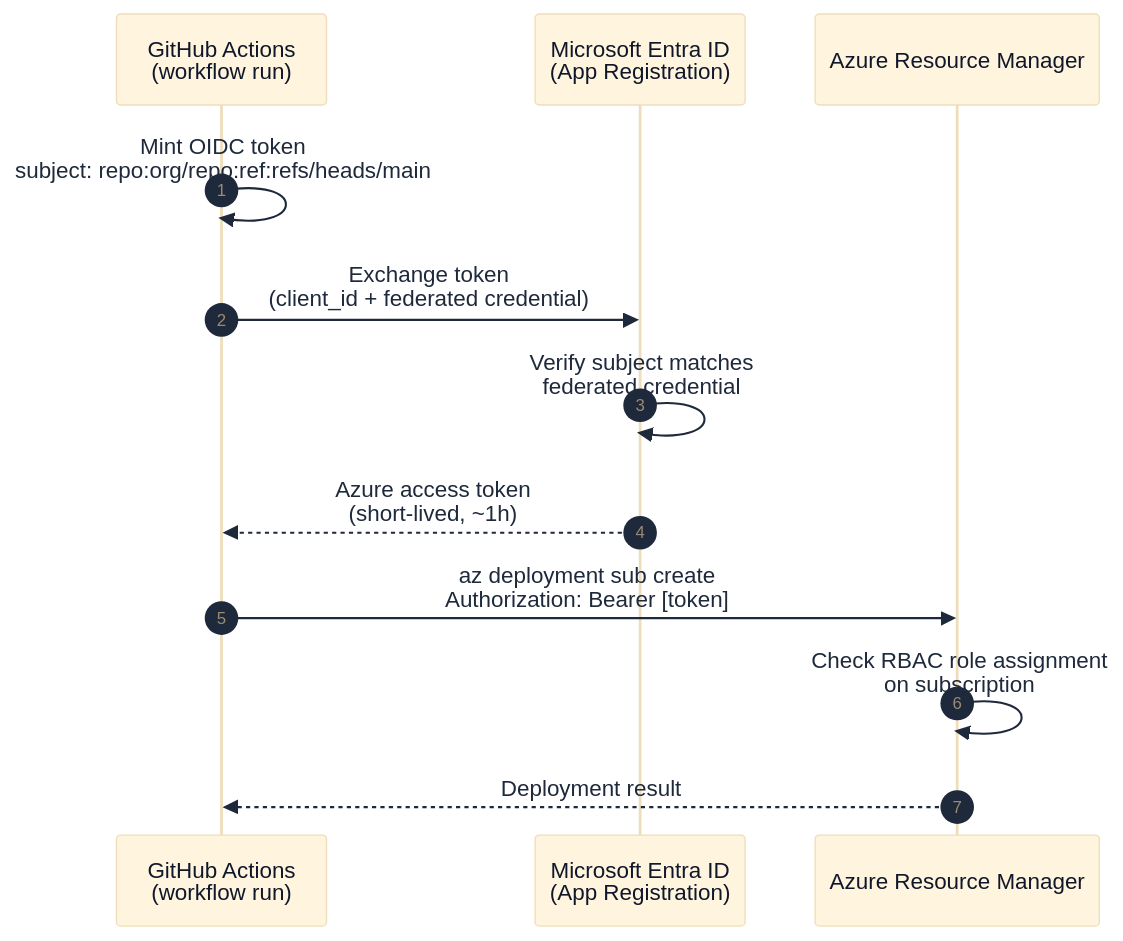
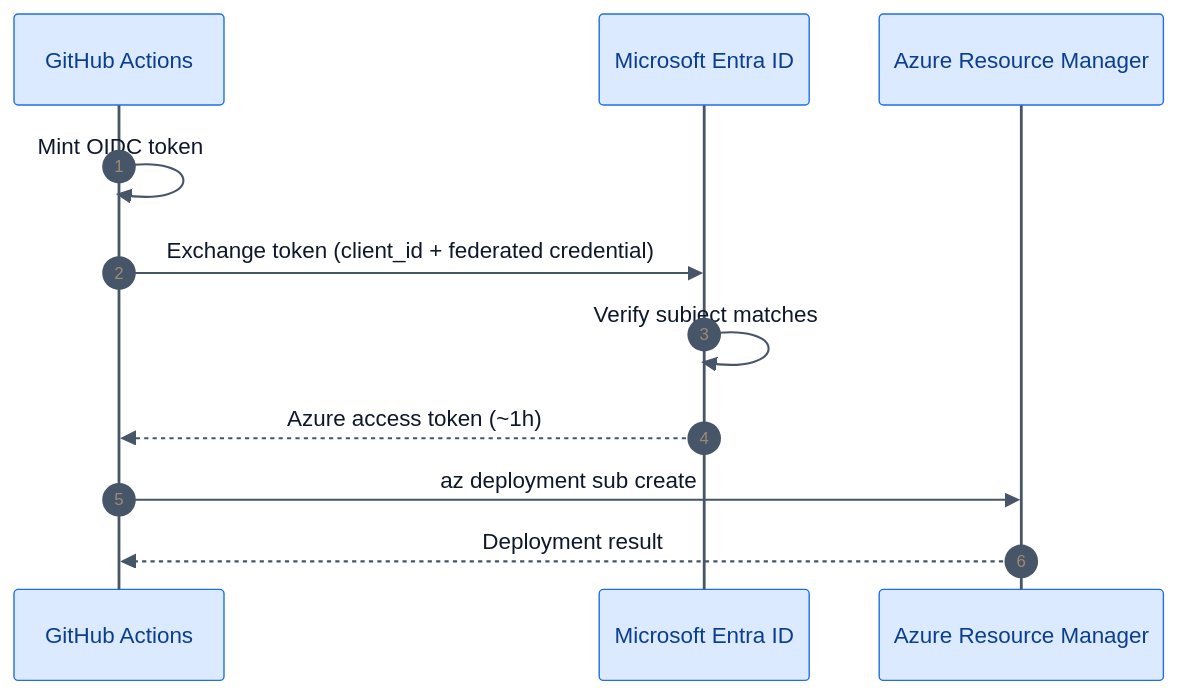
The second of 3 diagrams in website/docs/getting-started/onboarding.md (Azure/git-ape), drawn with Mermaid before and after one commit. The commit also changed other lines of this file and 48 other files, not shown here.

First line of the commit message:
docs(website): manifesto-aligned rewrite, deploy-anything, mermaid zoom + colors

````diff
--- a/website/docs/getting-started/onboarding.md
+++ b/website/docs/getting-started/onboarding.md
@@ -28,16 +60,15 @@
 ```mermaid
-%%{init: {'theme':'base','themeVariables':{'fontSize':'13px','lineColor':'#64748b','textColor':'#1e293b','primaryTextColor':'#0f172a','edgeLabelBackground':'#f8fafc','tertiaryColor':'#f1f5f9'}}}%%
+%%{init: {'theme':'base','themeVariables':{'fontSize':'13px','lineColor':'#64748b','textColor':'#1e293b','primaryTextColor':'#0f172a','edgeLabelBackground':'#f8fafc','tertiaryColor':'#f1f5f9','actorBkg':'#dbeafe','actorBorder':'#1f6feb','actorTextColor':'#0b3d91','actorLineColor':'#475569','signalColor':'#475569','signalTextColor':'#0f172a','noteBkgColor':'#fef3c7','noteBorderColor':'#b45309','noteTextColor':'#7c2d12'}}}%%
 sequenceDiagram
     autonumber
-    participant GH as GitHub Actions<br/>(workflow run)
-    participant Entra as Microsoft Entra ID<br/>(App Registration)
+    participant GH as GitHub Actions
+    participant Entra as Microsoft Entra ID
     participant ARM as Azure Resource Manager
 
-    GH->>GH: Mint OIDC token<br/>subject: repo:org/repo:ref:refs/heads/main
-    GH->>Entra: Exchange token<br/>(client_id + federated credential)
-    Entra->>Entra: Verify subject matches<br/>federated credential
-    Entra-->>GH: Azure access token<br/>(short-lived, ~1h)
-    GH->>ARM: az deployment sub create<br/>Authorization: Bearer [token]
-    ARM->>ARM: Check RBAC role assignment<br/>on subscription
+    GH->>GH: Mint OIDC token
+    GH->>Entra: Exchange token (client_id + federated credential)
+    Entra->>Entra: Verify subject matches
+    Entra-->>GH: Azure access token (~1h)
+    GH->>ARM: az deployment sub create
     ARM-->>GH: Deployment result
 ```
````
